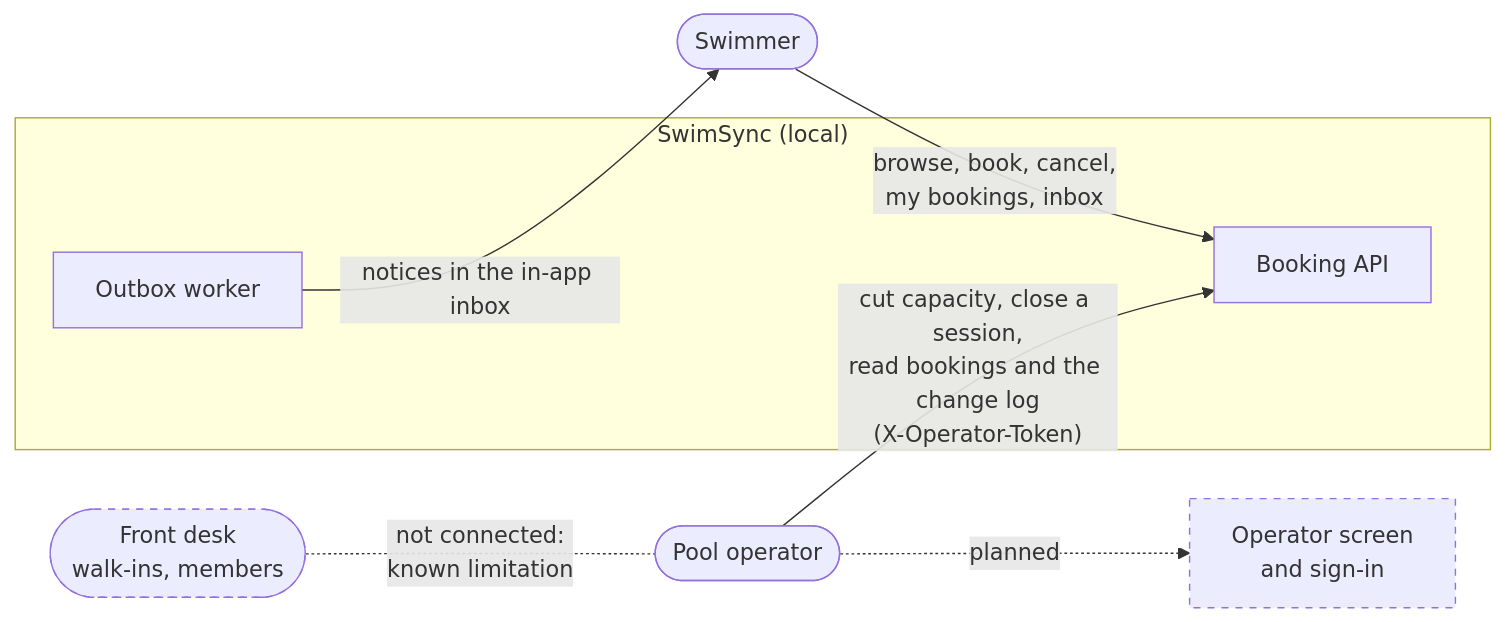
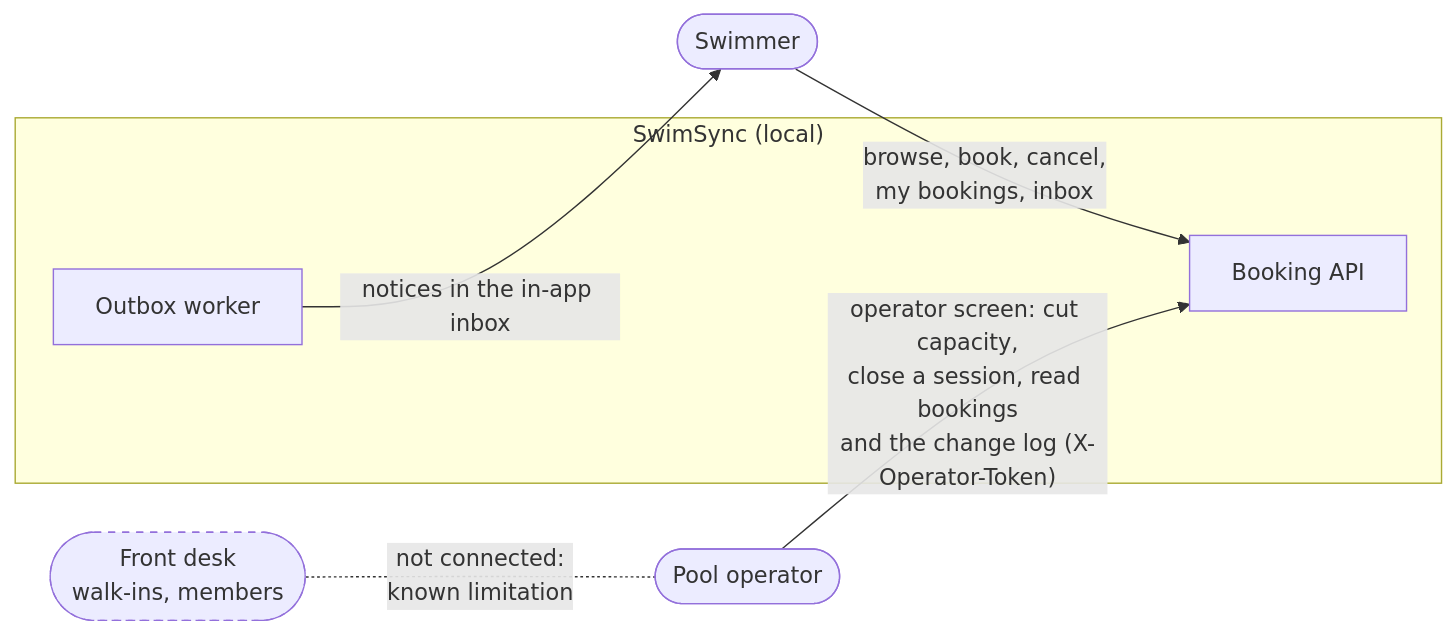
Before and after one commit to ashutosharma2/SwimSync: the first of 23 diagrams in docs/architecture.md, drawn with Mermaid. The commit also changed other lines of this file and 4 other files, not shown here.

Commit message:
Docs: phase 4 closed with the operator screen (ADR-017), a sequence diagram for it, and two backlog items from its check

````diff
--- a/docs/architecture.md
+++ b/docs/architecture.md
@@ -40,21 +41,19 @@
 ```mermaid
 flowchart LR
     Swimmer(["Swimmer"])
     Operator(["Pool operator"])
     Desk(["Front desk<br/>walk-ins, members"])
-    OpUI["Operator screen<br/>and sign-in"]
 
     subgraph SwimSync["SwimSync (local)"]
         API["Booking API"]
         Worker["Outbox worker"]
     end
 
     Swimmer -- "browse, book, cancel,<br/>my bookings, inbox" --> API
     Worker -- "notices in the in-app inbox" --> Swimmer
-    Operator -- "cut capacity, close a session,<br/>read bookings and the change log<br/>(X-Operator-Token)" --> API
-    Operator -. "planned" .-> OpUI
+    Operator -- "operator screen: cut capacity,<br/>close a session, read bookings<br/>and the change log (X-Operator-Token)" --> API
     Desk -. "not connected:<br/>known limitation" .- Operator
 
-    class Desk,OpUI planned
+    class Desk planned
     classDef planned stroke-dasharray: 5 5
 ```
````
